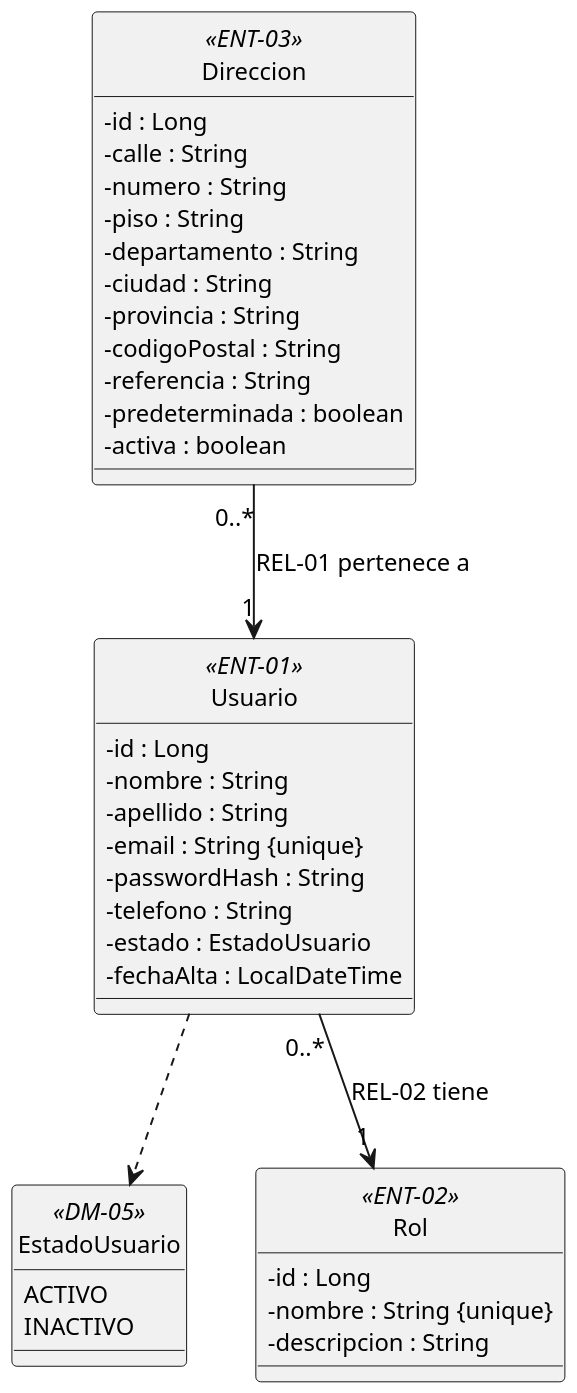
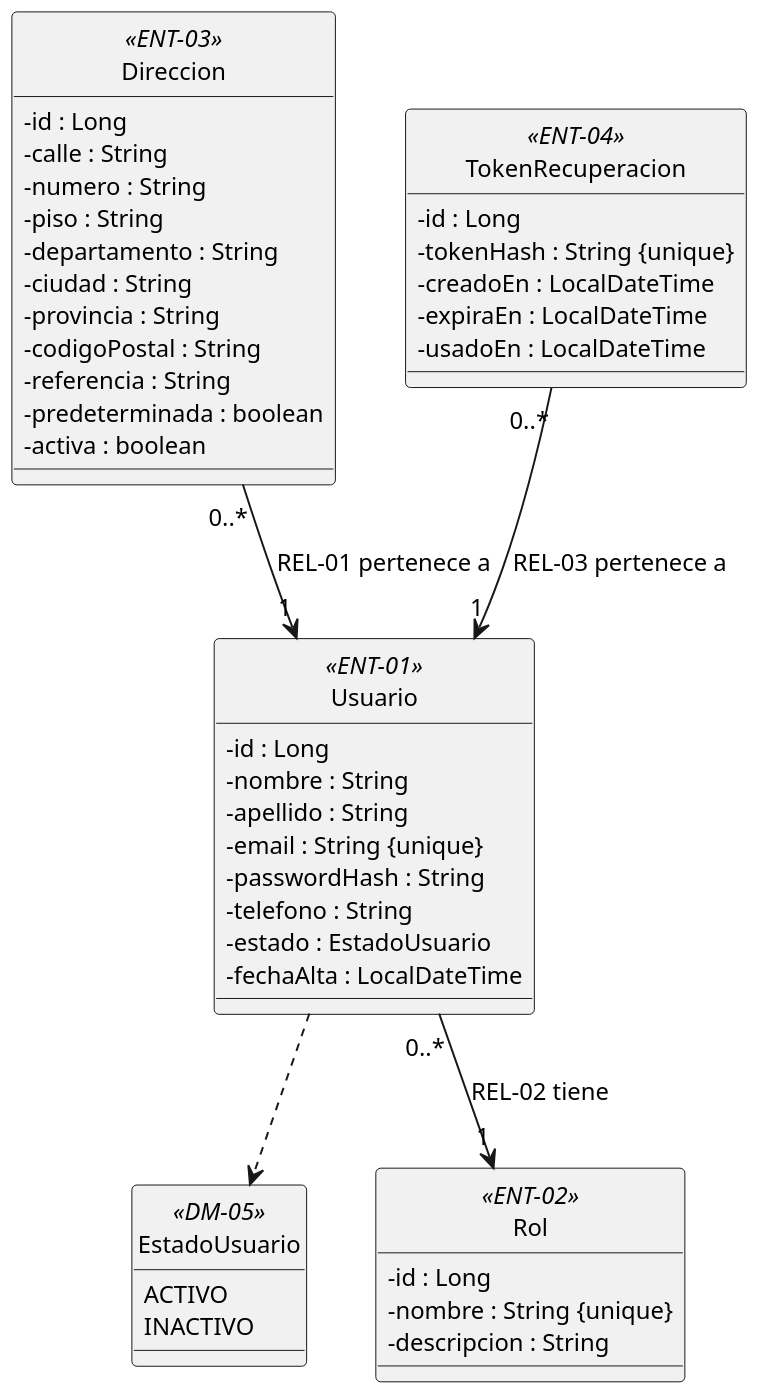
The diagram in doc/Diagramas/clases.puml (CarlaGorgal2002/deliverygo-usuarios-auth), drawn with PlantUML before and after one commit. The commit also changed 15 other files, not shown here.

Commit message:
docs: actualizar diagramas CU-06 a CU-10 y documentar pruebas Postman

```diff
--- a/doc/Diagramas/clases.puml
+++ b/doc/Diagramas/clases.puml
@@ -1,41 +1,49 @@
 @startuml clases
 skinparam dpi 170
 skinparam classAttributeIconSize 0
 skinparam defaultFontSize 12
 hide circle
 class Usuario <<ENT-01>> {
   - id : Long
   - nombre : String
   - apellido : String
   - email : String {unique}
   - passwordHash : String
   - telefono : String
   - estado : EstadoUsuario
   - fechaAlta : LocalDateTime
 }
 enum EstadoUsuario <<DM-05>> {
   ACTIVO
   INACTIVO
 }
 class Rol <<ENT-02>> {
   - id : Long
   - nombre : String {unique}
   - descripcion : String
 }
 class Direccion <<ENT-03>> {
   - id : Long
   - calle : String
   - numero : String
   - piso : String
   - departamento : String
   - ciudad : String
   - provincia : String
   - codigoPostal : String
   - referencia : String
   - predeterminada : boolean
   - activa : boolean
 }
 Direccion "0..*" --> "1" Usuario : REL-01 pertenece a
 Usuario "0..*" --> "1" Rol : REL-02 tiene
 Usuario ..> EstadoUsuario
+class TokenRecuperacion <<ENT-04>> {
+  - id : Long
+  - tokenHash : String {unique}
+  - creadoEn : LocalDateTime
+  - expiraEn : LocalDateTime
+  - usadoEn : LocalDateTime
+}
+TokenRecuperacion "0..*" --> "1" Usuario : REL-03 pertenece a
 @enduml
```
